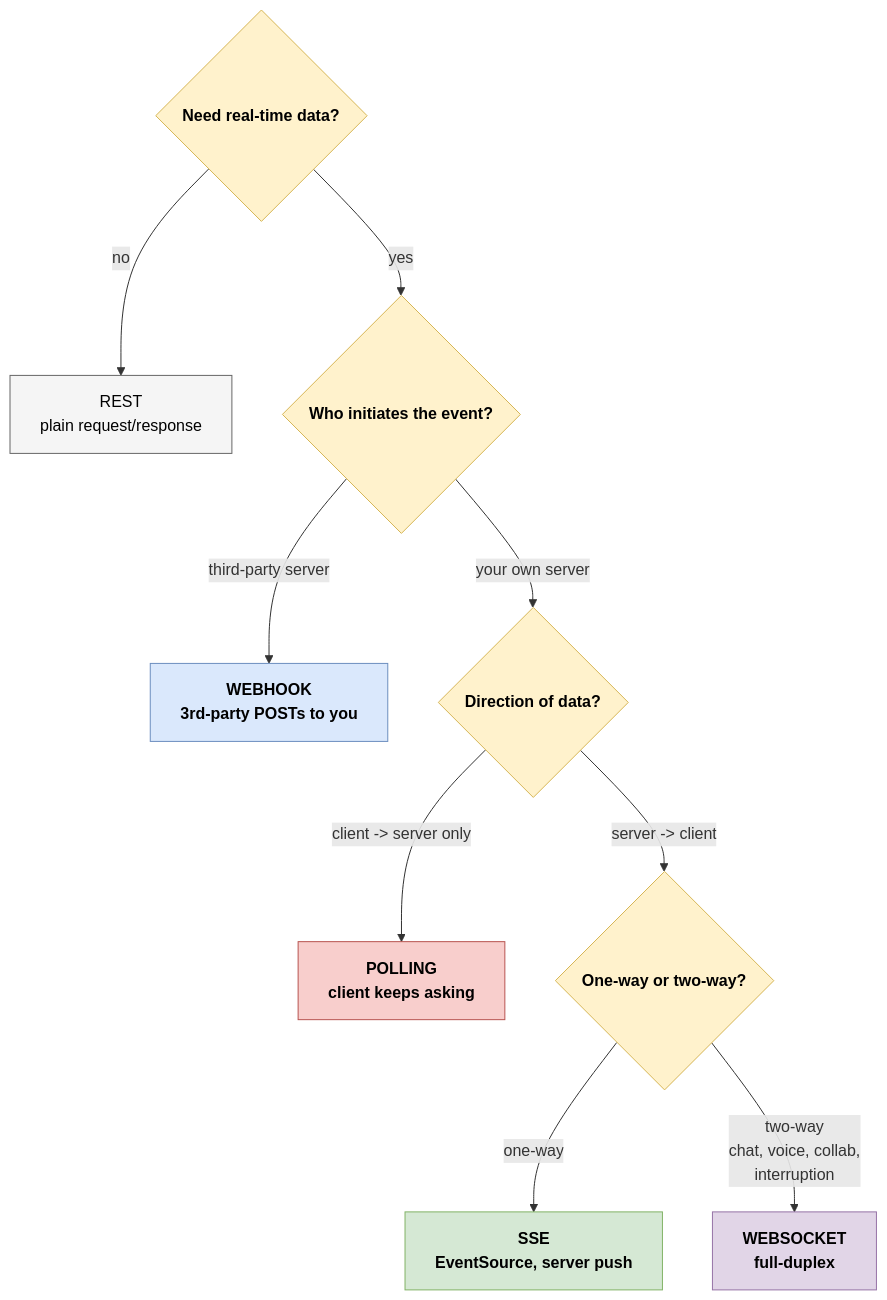
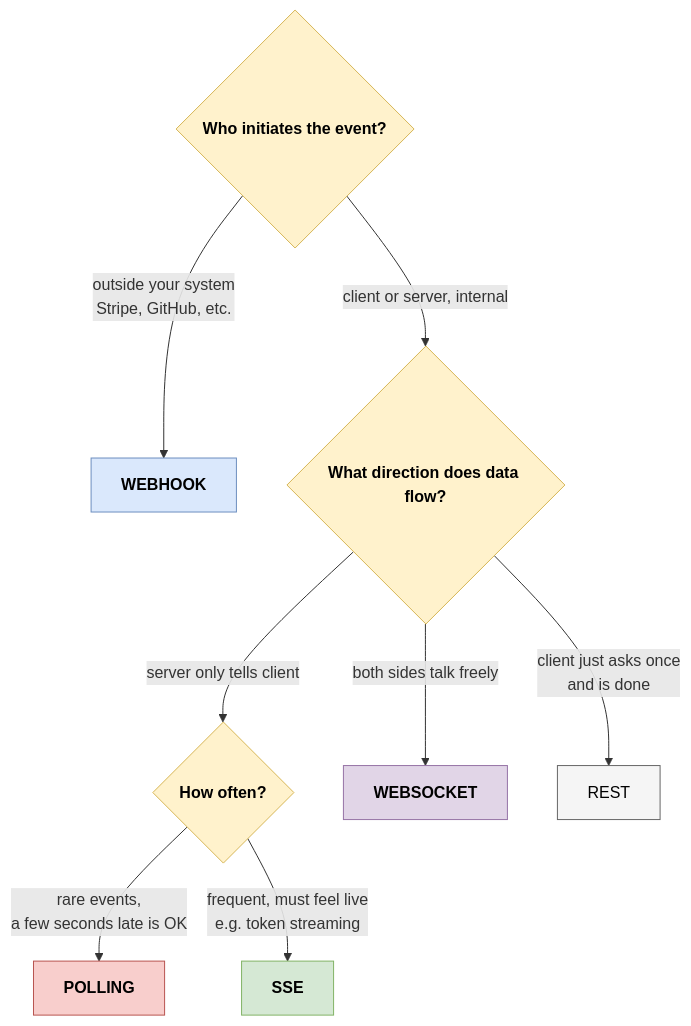
The diagram in concepts/06_decision_matrix.md (fnusatvik07/real-time-events), drawn with Mermaid before and after one commit. The commit also changed other lines of this file and 7 other files, not shown here.

````diff
--- a/concepts/06_decision_matrix.md
+++ b/concepts/06_decision_matrix.md
@@ -62,28 +22,26 @@
 ```mermaid
 flowchart TD
-    A{"Need real-time data?"}
-    A -->|no| REST[REST<br/>plain request/response]
-    A -->|yes| B{"Who initiates the event?"}
+    Q1{"Who initiates the event?"}
+    Q1 -->|outside your system<br/>Stripe, GitHub, etc.| WH[WEBHOOK]
+    Q1 -->|client or server, internal| Q2{"What direction does data flow?"}
 
-    B -->|third-party server| WH[WEBHOOK<br/>3rd-party POSTs to you]
-    B -->|your own server| C{"Direction of data?"}
+    Q2 -->|server only tells client| Q3{"How often?"}
+    Q2 -->|both sides talk freely| WS1[WEBSOCKET]
+    Q2 -->|client just asks once<br/>and is done| REST1[REST]
 
-    C -->|client -> server only| POLL[POLLING<br/>client keeps asking]
-    C -->|server -> client| D{"One-way or two-way?"}
-
-    D -->|one-way| SSE[SSE<br/>EventSource, server push]
-    D -->|two-way<br/>chat, voice, collab,<br/>interruption| WS[WEBSOCKET<br/>full-duplex]
+    Q3 -->|rare events,<br/>a few seconds late is OK| POLL[POLLING]
+    Q3 -->|frequent, must feel live<br/>e.g. token streaming| SSE[SSE]
 
     classDef q fill:#fff2cc,stroke:#d6b656,color:#000,font-weight:bold
     classDef leaf fill:#d5e8d4,stroke:#82b366,color:#000,font-weight:bold
-    classDef rest fill:#f5f5f5,stroke:#666,color:#000
     classDef webhook fill:#dae8fc,stroke:#6c8ebf,color:#000,font-weight:bold
     classDef poll fill:#f8cecc,stroke:#b85450,color:#000,font-weight:bold
     classDef ws fill:#e1d5e7,stroke:#9673a6,color:#000,font-weight:bold
-    class A,B,C,D q
+    classDef rest fill:#f5f5f5,stroke:#666,color:#000
+    class Q1,Q2,Q3 q
+    class WH webhook
     class SSE leaf
-    class REST rest
-    class WH webhook
     class POLL poll
-    class WS ws
+    class WS1 ws
+    class REST1 rest
 ```
````
